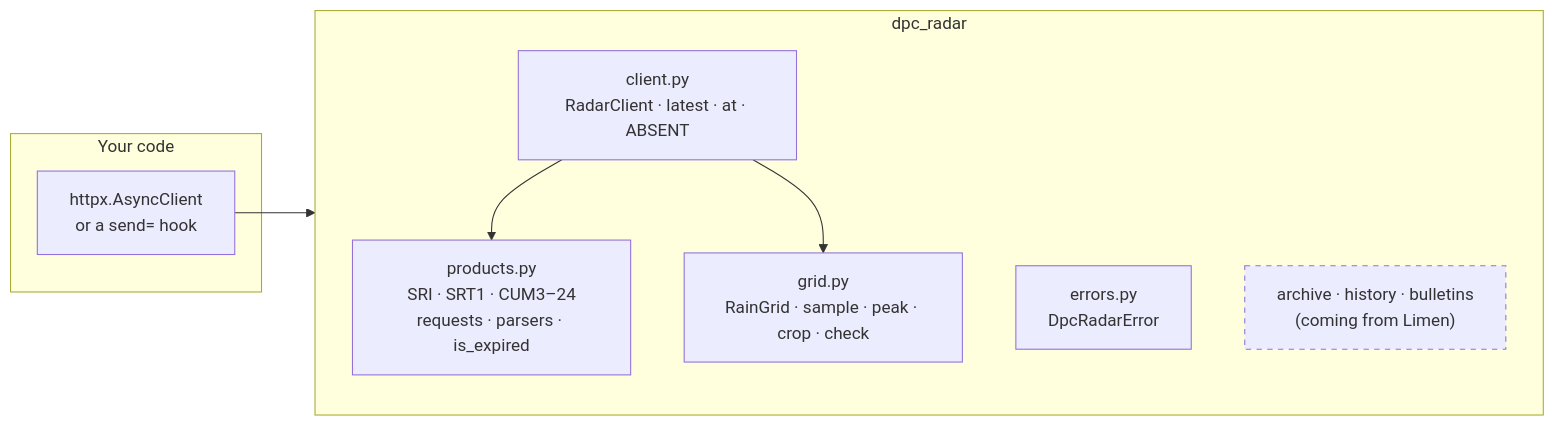
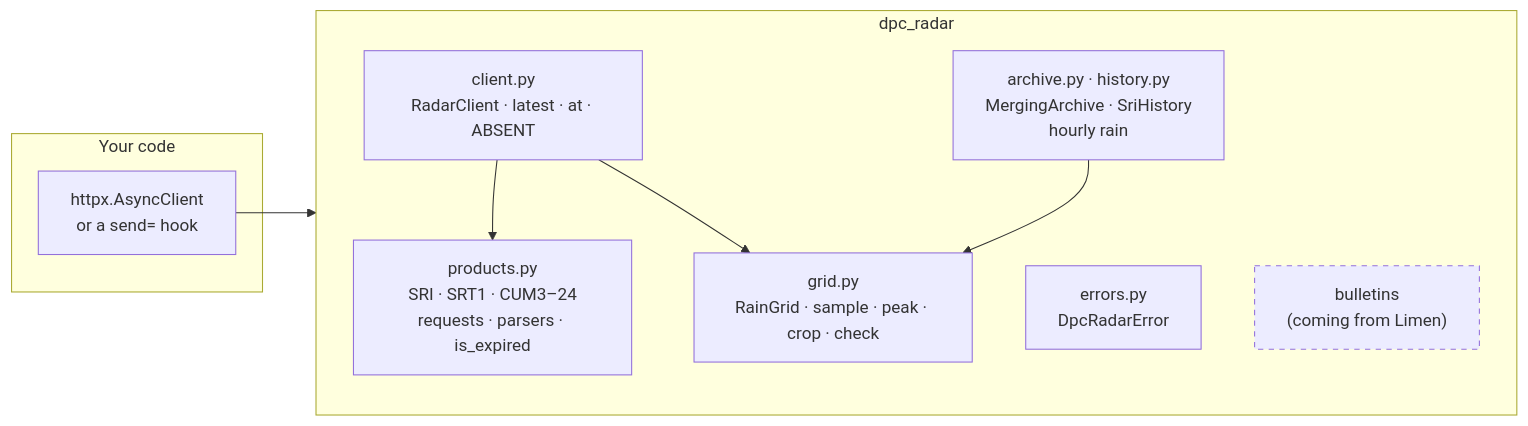
One commit to LBCron/dpc-radar changed the fourth of 5 diagrams in README.md. Above: the diagram before and after it, drawn with Mermaid. The commit also changed other lines of this file and 15 other files, not shown here.

First line of the commit message:
feat: archive of the «Merging» and the IT-DPC-SRI history, from Limen

````diff
--- a/README.md
+++ b/README.md
@@ -296,18 +349,20 @@
 ```mermaid
 flowchart LR
     subgraph yours["Your code"]
         H["httpx.AsyncClient<br/>or a send= hook"]
     end
     subgraph lib["dpc_radar"]
         direction TB
         CL["client.py<br/>RadarClient · latest · at · ABSENT"]
         PR["products.py<br/>SRI · SRT1 · CUM3–24<br/>requests · parsers · is_expired"]
         GR["grid.py<br/>RainGrid · sample · peak · crop · check"]
         ER["errors.py<br/>DpcRadarError"]
-        NX["archive · history · bulletins<br/>(coming from Limen)"]:::next
+        AR["archive.py · history.py<br/>MergingArchive · SriHistory<br/>hourly rain"]
+        NX["bulletins<br/>(coming from Limen)"]:::next
     end
     H --> CL
     CL --> PR
     CL --> GR
+    AR --> GR
     classDef next stroke-dasharray: 5 5
 ```
````
